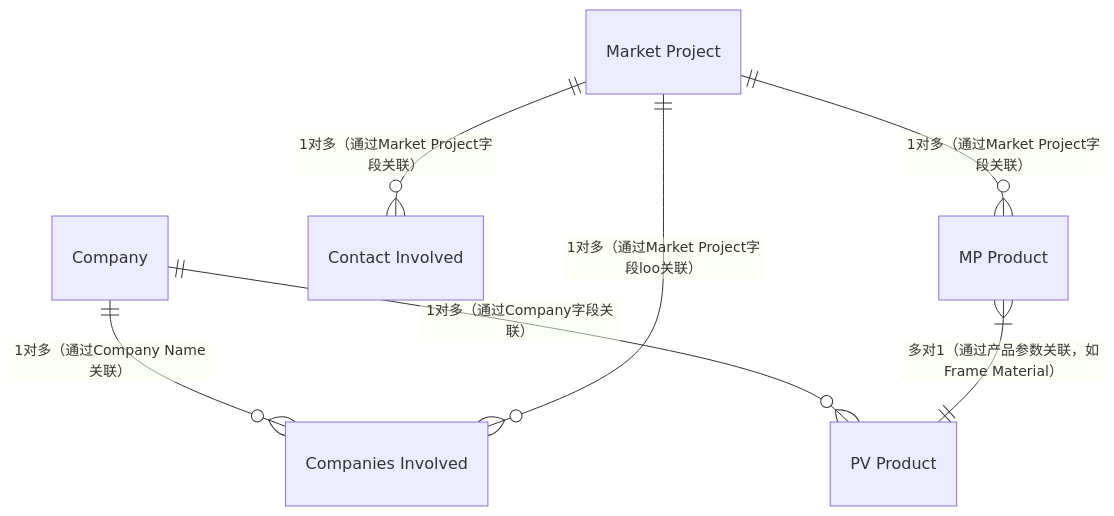
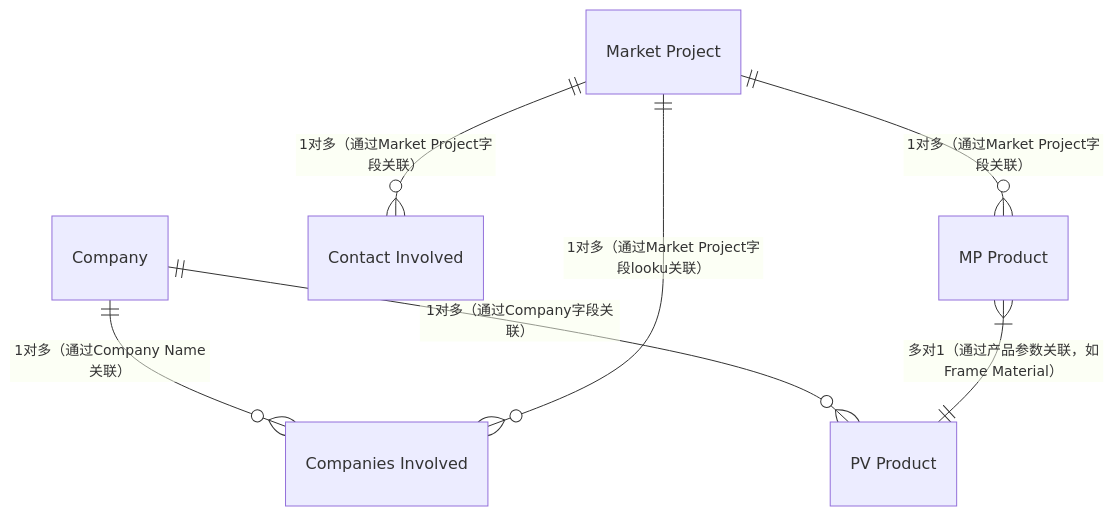
The diagram in all/未命名.md (zhangziru-33/iodraw-files), drawn with Mermaid before and after one commit.

Commit message:
2025-12-04 10:58:04 update

````diff
--- a/all/未命名.md
+++ b/all/未命名.md
@@ -1,10 +1,10 @@
 ```mermaid
 erDiagram
     Company ||--o{ "Companies Involved" : "1对多（通过Company Name关联）"
     Company ||--o{ "PV Product" : "1对多（通过Company字段关联）"
-    "Market Project" ||--o{ "Companies Involved" : "1对多（通过Market Project字段loo关联）"
+    "Market Project" ||--o{ "Companies Involved" : "1对多（通过Market Project字段looku关联）"
     "Market Project" ||--o{ "Contact Involved" : "1对多（通过Market Project字段关联）"
     "Market Project" ||--o{ "MP Product" : "1对多（通过Market Project字段关联）"
     "MP Product" }|--|| "PV Product" : "多对1（通过产品参数关联，如Frame Material）"
     
 ```
````
